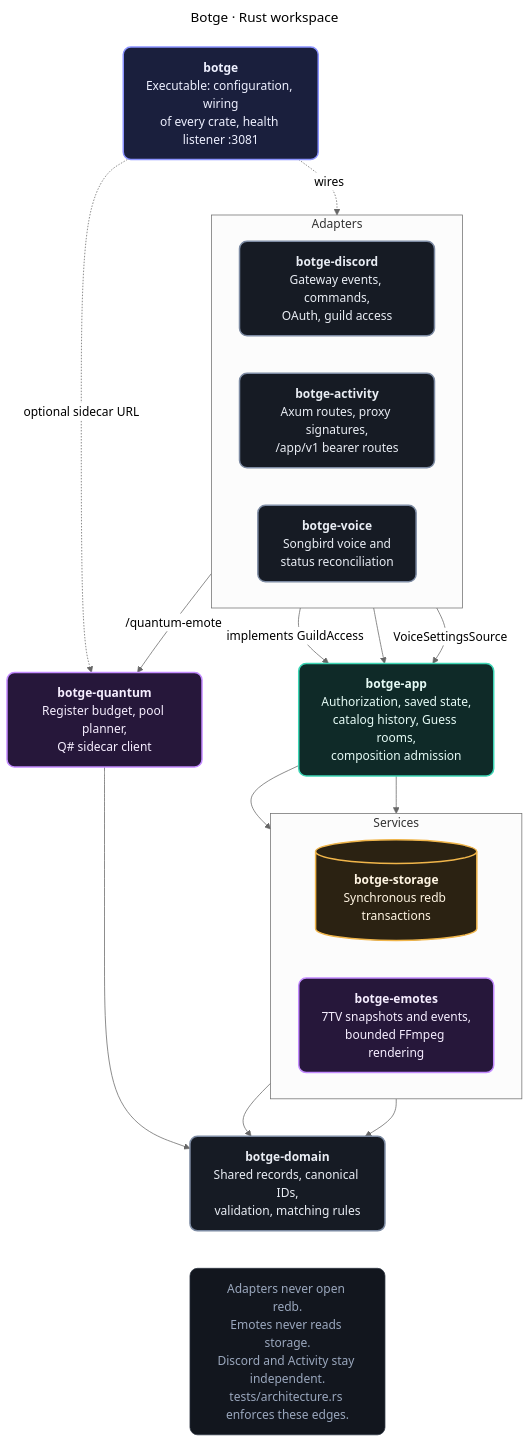
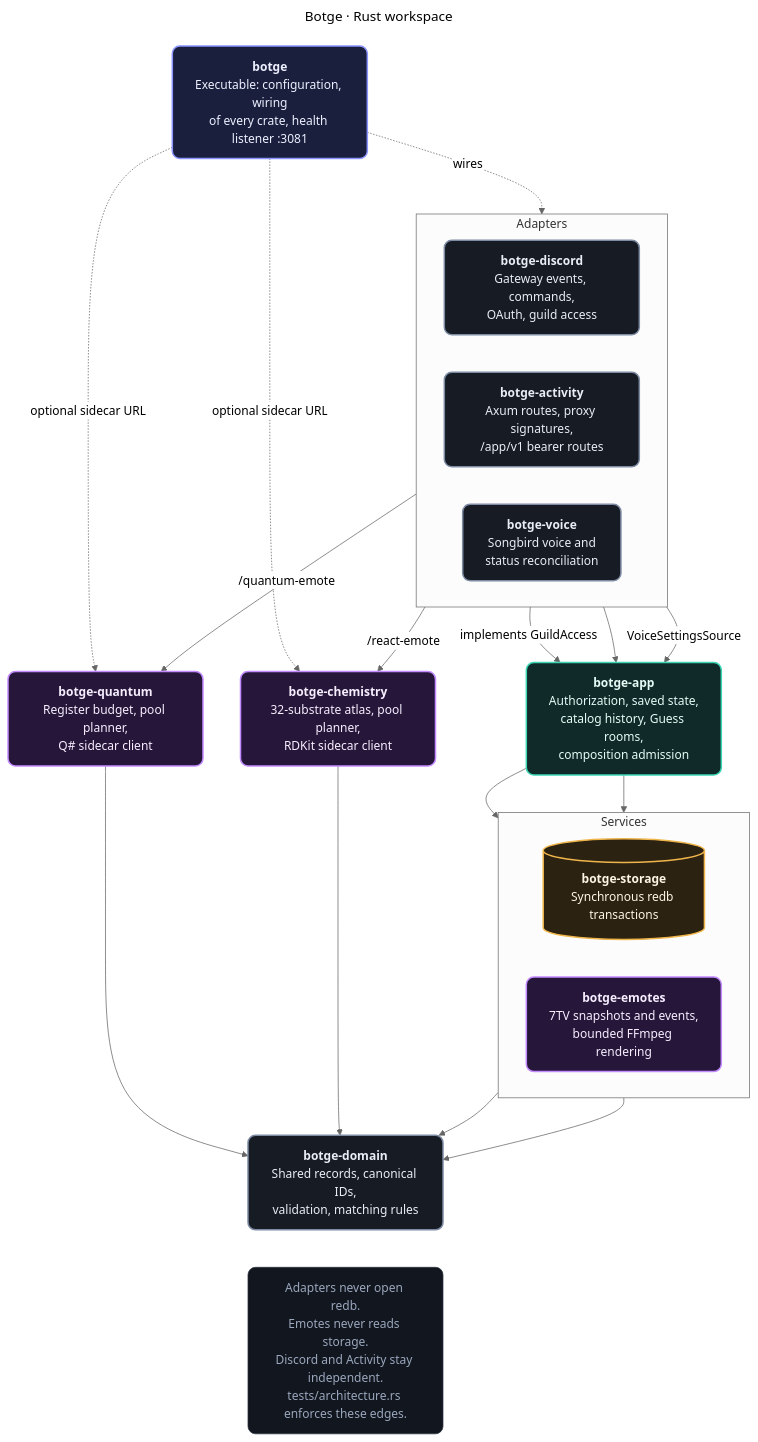
The diagram in docs/diagrams/architecture.mmd (MrewyOrg/Botge), drawn with Mermaid (neutral theme) before and after one commit. The commit also changed 14 other files, not shown here.

Commit message:
docs(chemistry): update README, guides, and architecture diagrams

```diff
--- a/docs/diagrams/architecture.mmd
+++ b/docs/diagrams/architecture.mmd
@@ -1,53 +1,57 @@
 ---
 title: Botge · Rust workspace
 ---
 flowchart TB
     bot["<b>botge</b><br/>Executable: configuration, wiring<br/>of every crate, health listener :3081"]
 
     subgraph adapters["Adapters"]
         direction LR
         discord["<b>botge-discord</b><br/>Gateway events, commands,<br/>OAuth, guild access"]
         activity["<b>botge-activity</b><br/>Axum routes, proxy signatures,<br/>/app/v1 bearer routes"]
         voice["<b>botge-voice</b><br/>Songbird voice and<br/>status reconciliation"]
     end
 
     app["<b>botge-app</b><br/>Authorization, saved state,<br/>catalog history, Guess rooms,<br/>composition admission"]
 
     subgraph services["Services"]
         direction LR
         storage[("<b>botge-storage</b><br/>Synchronous redb transactions")]
         emotes["<b>botge-emotes</b><br/>7TV snapshots and events,<br/>bounded FFmpeg rendering"]
     end
 
     quantum["<b>botge-quantum</b><br/>Register budget, pool planner,<br/>Q# sidecar client"]
+    chemistry["<b>botge-chemistry</b><br/>32-substrate atlas, pool planner,<br/>RDKit sidecar client"]
 
     domain["<b>botge-domain</b><br/>Shared records, canonical IDs,<br/>validation, matching rules"]
 
     bot -. wires .-> adapters
     discord -->|implements GuildAccess| app
     discord -->|/quantum-emote| quantum
+    discord -->|/react-emote| chemistry
     bot -. optional sidecar URL .-> quantum
+    bot -. optional sidecar URL .-> chemistry
     activity --> app
     voice -->|VoiceSettingsSource| app
     app --> storage
     app --> emotes
     storage --> domain
     emotes --> domain
     quantum --> domain
+    chemistry --> domain
 
     rule["Adapters never open redb.<br/>Emotes never reads storage.<br/>Discord and Activity stay independent.<br/>tests/architecture.rs enforces these edges."]
     domain ~~~ rule
 
     classDef exe fill:#1a1f3d,stroke:#8b93ff,color:#eef0ff,stroke-width:2px,rx:10,ry:10
     classDef core fill:#0f2a28,stroke:#3dd6b5,color:#e6fbf6,stroke-width:2px,rx:10,ry:10
     classDef data fill:#2b2212,stroke:#f0b54a,color:#fff5e3,stroke-width:2px,rx:10,ry:10
     classDef media fill:#26173a,stroke:#c38bff,color:#f6eeff,stroke-width:2px,rx:10,ry:10
     classDef base fill:#161b24,stroke:#7d8ba3,color:#e9edf4,stroke-width:2px,rx:10,ry:10
     classDef muted fill:#12161e,stroke:#2b3341,color:#9aa7bd,rx:10,ry:10
     class bot exe
     class discord,activity,voice base
     class app core
     class storage data
-    class emotes,quantum media
+    class emotes,quantum,chemistry media
     class domain base
     class rule muted
```
